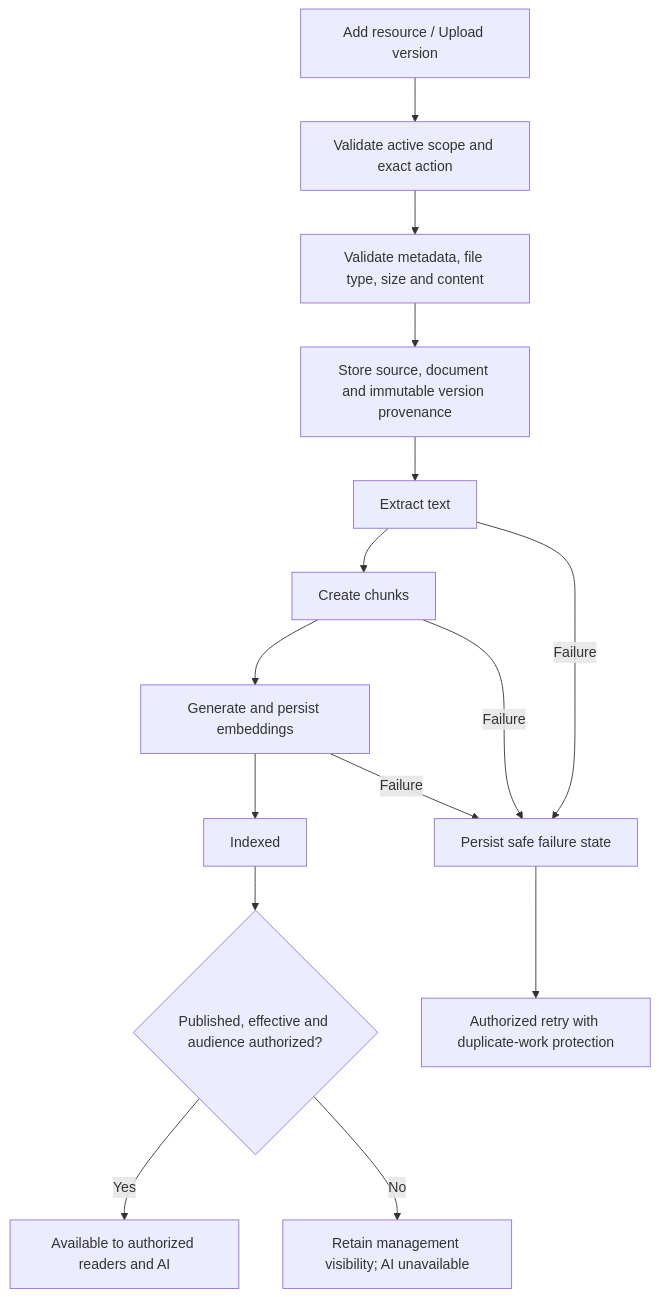
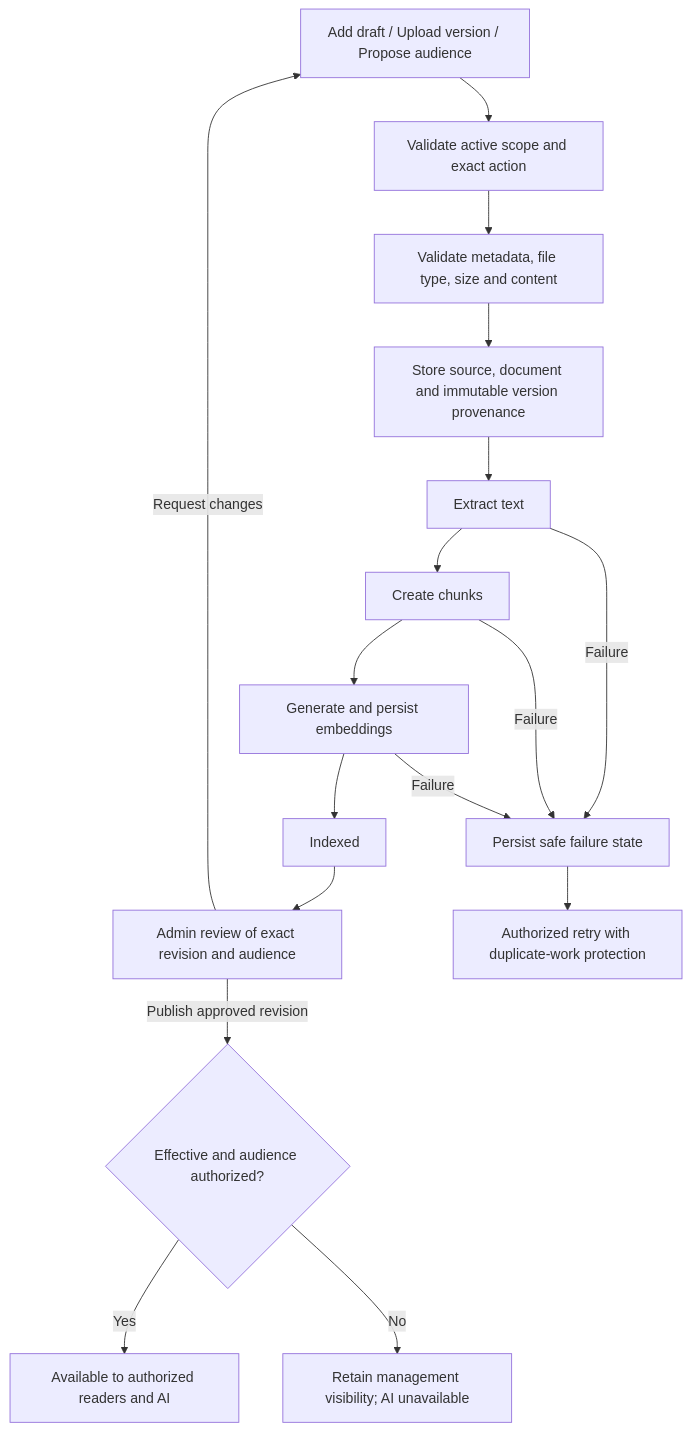
The first of 2 diagrams in docs/architecture/ai-chatbot/WORKFLOWS.md (meshil-maring/College-AI-Chatbot), drawn with Mermaid before and after one commit. The commit also changed other lines of this file and 366 other files, not shown here.

````diff
--- a/docs/architecture/ai-chatbot/WORKFLOWS.md
+++ b/docs/architecture/ai-chatbot/WORKFLOWS.md
@@ -8,17 +13,19 @@
 ```mermaid
 flowchart TD
-    A[Add resource / Upload version] --> B[Validate active scope and exact action]
+    A[Add draft / Upload version / Propose audience] --> B[Validate active scope and exact action]
     B --> C[Validate metadata, file type, size and content]
     C --> D[Store source, document and immutable version provenance]
     D --> E[Extract text]
     E --> F[Create chunks]
     F --> G[Generate and persist embeddings]
     G --> H[Indexed]
-    H --> I{Published, effective and audience authorized?}
+    H --> R[Admin review of exact revision and audience]
+    R -->|Request changes| A
+    R -->|Publish approved revision| I{Effective and audience authorized?}
     I -->|Yes| J[Available to authorized readers and AI]
     I -->|No| K[Retain management visibility; AI unavailable]
     E -->|Failure| X[Persist safe failure state]
     F -->|Failure| X
     G -->|Failure| X
     X --> Y[Authorized retry with duplicate-work protection]
 ```
````
